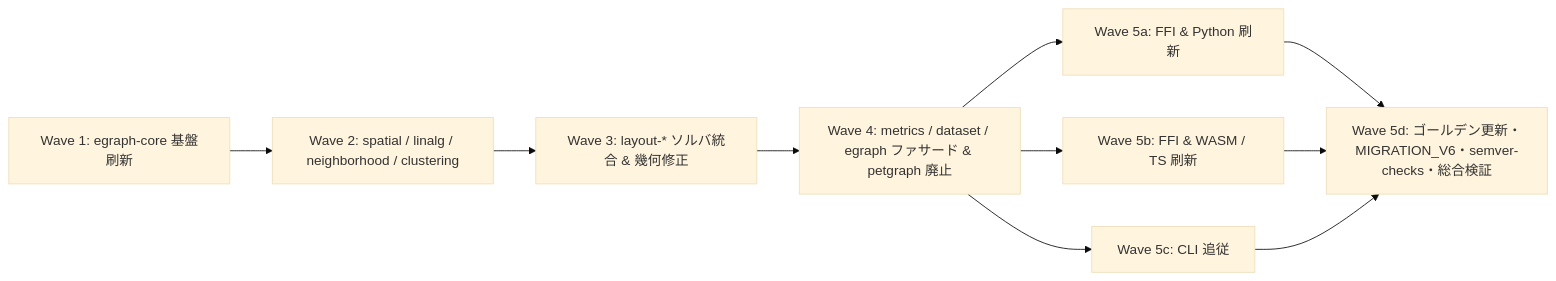
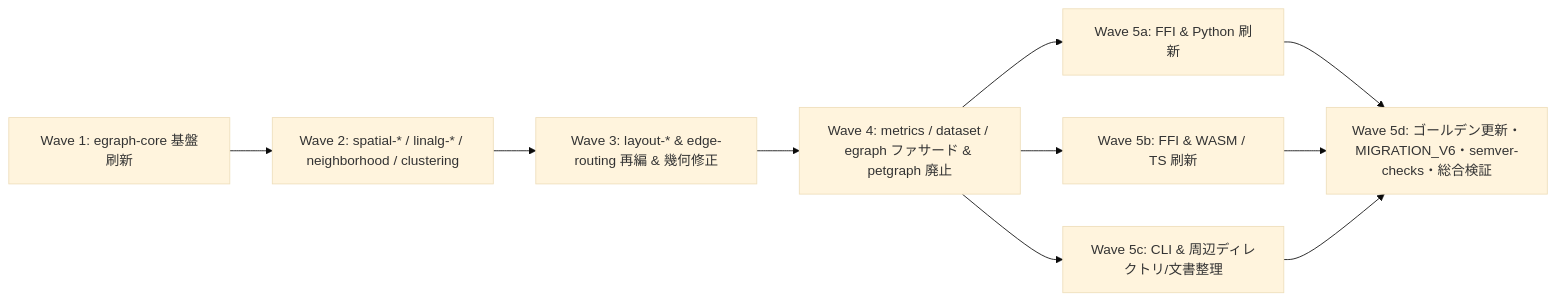
Before and after one commit to likr/egraph-rs: the third of 3 diagrams in docs/V6_API_FREEZE_SPEC.md, drawn with Mermaid (base theme). The commit also changed other lines of this file, not shown here.

Commit message:
docs: add crate partitioning and directory layout plan to v6 API freeze spec

````diff
--- a/docs/V6_API_FREEZE_SPEC.md
+++ b/docs/V6_API_FREEZE_SPEC.md
@@ -521,12 +691,12 @@
 ```mermaid
 flowchart LR
-    W1["Wave 1: egraph-core 基盤刷新"] --> W2["Wave 2: spatial / linalg / neighborhood / clustering"]
-    W2 --> W3["Wave 3: layout-* ソルバ統合 & 幾何修正"]
+    W1["Wave 1: egraph-core 基盤刷新"] --> W2["Wave 2: spatial-* / linalg-* / neighborhood / clustering"]
+    W2 --> W3["Wave 3: layout-* & edge-routing 再編 & 幾何修正"]
     W3 --> W4["Wave 4: metrics / dataset / egraph ファサード & petgraph 廃止"]
     W4 --> W5P["Wave 5a: FFI & Python 刷新"]
     W4 --> W5W["Wave 5b: FFI & WASM / TS 刷新"]
-    W4 --> W5C["Wave 5c: CLI 追従"]
+    W4 --> W5C["Wave 5c: CLI & 周辺ディレクトリ/文書整理"]
     W5P --> W5G["Wave 5d: ゴールデン更新・MIGRATION_V6・semver-checks・総合検証"]
     W5W --> W5G
     W5C --> W5G
 ```
````
